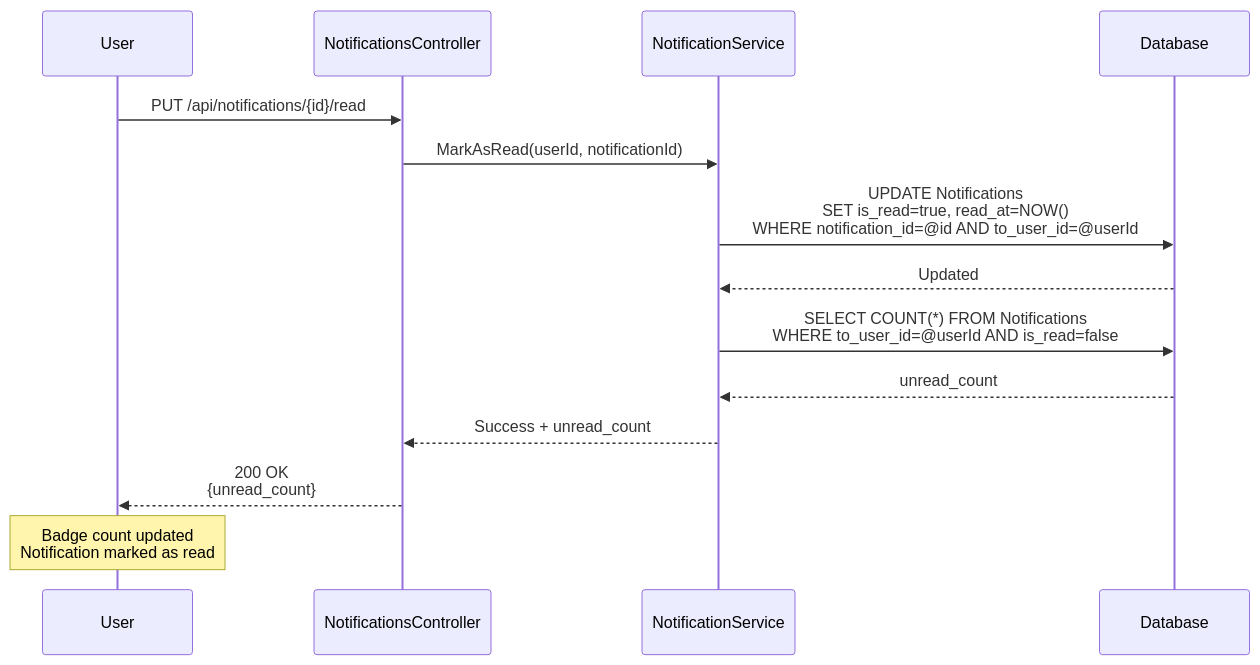
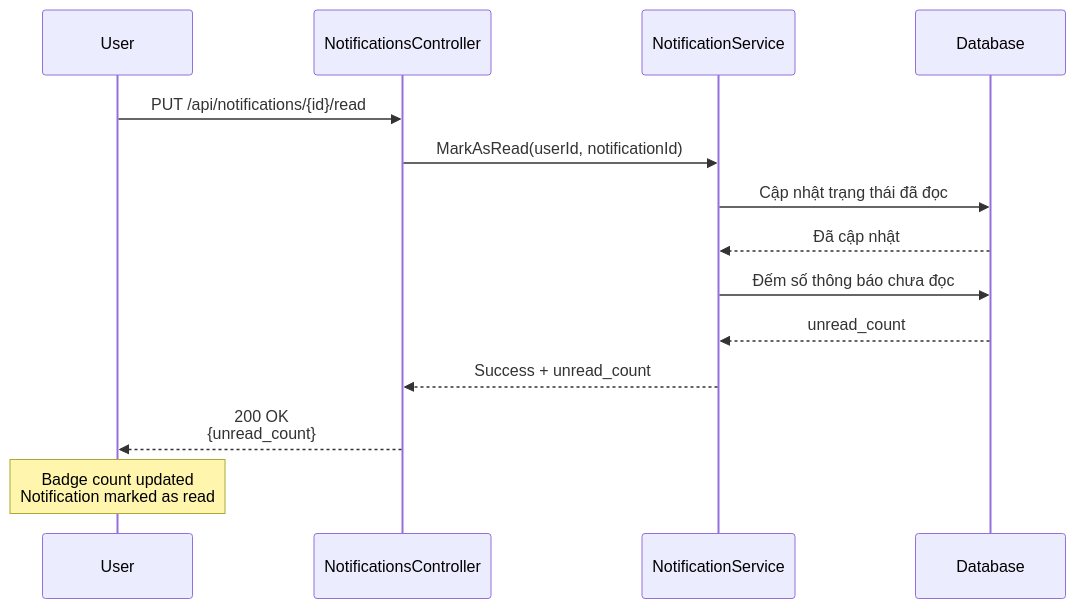
One commit to TranHoang2k40525/UngDungMangXaHoi changed diagram 21 of 49 in README.md. Above: the diagram before and after it, drawn with Mermaid. The commit also changed other lines of this file, not shown here.

````diff
--- a/README.md
+++ b/README.md
@@ -2067,22 +2074,22 @@
 ```mermaid
 sequenceDiagram
     participant U as User
     participant API as NotificationsController
     participant S as NotificationService
     participant DB as Database
     
     U->>API: PUT /api/notifications/{id}/read
     API->>S: MarkAsRead(userId, notificationId)
     
-    S->>DB: UPDATE Notifications<br/>SET is_read=true, read_at=NOW()<br/>WHERE notification_id=@id AND to_user_id=@userId
+    S->>DB: Cập nhật trạng thái đã đọc
     
-    DB-->>S: Updated
+    DB-->>S: Đã cập nhật
     
-    S->>DB: SELECT COUNT(*) FROM Notifications<br/>WHERE to_user_id=@userId AND is_read=false
+    S->>DB: Đếm số thông báo chưa đọc
     DB-->>S: unread_count
     
     S-->>API: Success + unread_count
     API-->>U: 200 OK<br/>{unread_count}
     
     Note over U: Badge count updated<br/>Notification marked as read
 ```
````
